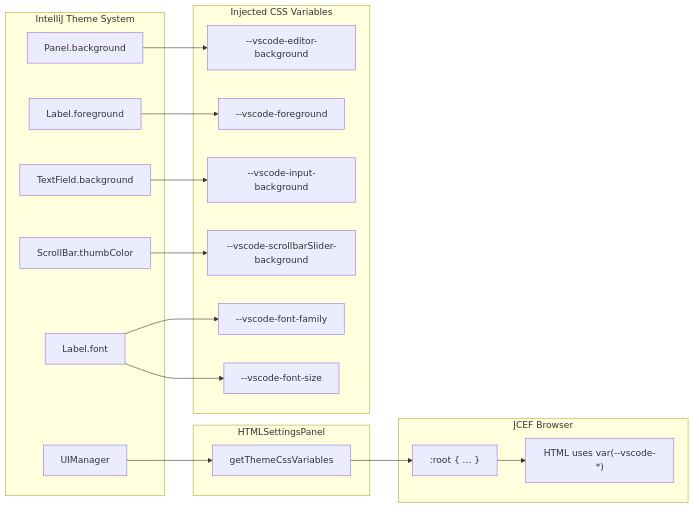
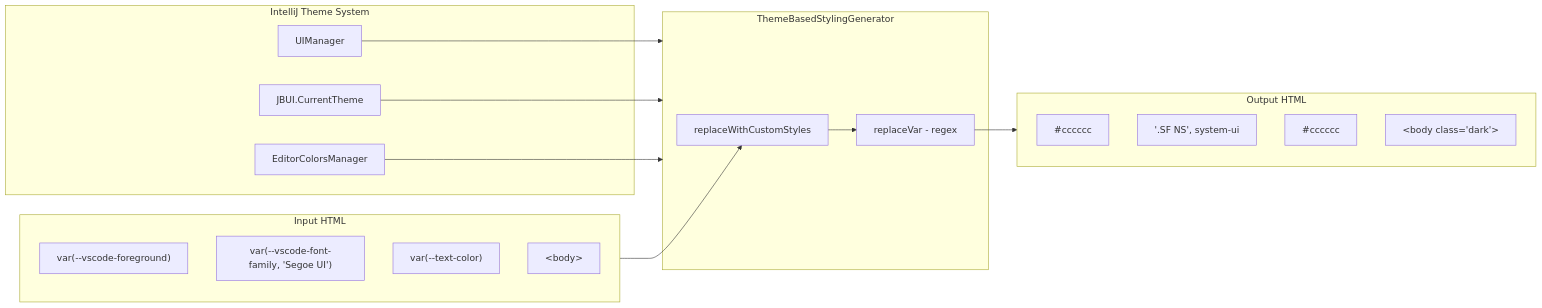
One commit to snyk/snyk-intellij-plugin changed the fifth of 5 diagrams in docs/html-settings-panel-architecture.md. Above: the diagram before and after it, drawn with Mermaid. The commit also changed other lines of this file and 5 other files, not shown here.

First line of the commit message:
fix: resolve race condition in settings save and improve theme styling

````diff
--- a/docs/html-settings-panel-architecture.md
+++ b/docs/html-settings-panel-architecture.md
@@ -183,40 +223,35 @@
 ```mermaid
 flowchart LR
     subgraph IDE["IntelliJ Theme System"]
         UIM[UIManager]
-        PC["Panel.background"]
-        LF["Label.foreground"]
-        TF["TextField.background"]
-        SB["ScrollBar.thumbColor"]
-        FNT["Label.font"]
+        JBUI[JBUI.CurrentTheme]
+        ECM[EditorColorsManager]
     end
     
-    subgraph HSP["HTMLSettingsPanel"]
-        GTC[getThemeCssVariables]
+    subgraph TBSG["ThemeBasedStylingGenerator"]
+        RCS[replaceWithCustomStyles]
+        RV[replaceVar - regex]
     end
     
-    subgraph CSS["Injected CSS Variables"]
-        VBG["--vscode-editor-background"]
-        VFG["--vscode-foreground"]
-        VIB["--vscode-input-background"]
-        VSB["--vscode-scrollbarSlider-background"]
-        VFF["--vscode-font-family"]
-        VFS["--vscode-font-size"]
+    subgraph Input["Input HTML"]
+        VS["var(--vscode-foreground)"]
+        VSF["var(--vscode-font-family, 'Segoe UI')"]
+        LEG["var(--text-color)"]
+        BODY["&lt;body&gt;"]
     end
     
-    subgraph JCEF["JCEF Browser"]
-        STYLE[":root { ... }"]
-        HTML["HTML uses var(--vscode-*)"]
+    subgraph Output["Output HTML"]
+        HEX["#cccccc"]
+        FONT["'.SF NS', system-ui"]
+        HEX2["#cccccc"]
+        BODYC["&lt;body class='dark'&gt;"]
     end
     
-    UIM --> GTC
-    PC --> VBG
-    LF --> VFG
-    TF --> VIB
-    SB --> VSB
-    FNT --> VFF
-    FNT --> VFS
+    UIM --> TBSG
+    JBUI --> TBSG
+    ECM --> TBSG
     
-    GTC --> STYLE
-    STYLE --> HTML
+    Input --> RCS
+    RCS --> RV
+    RV --> Output
 ```
````
